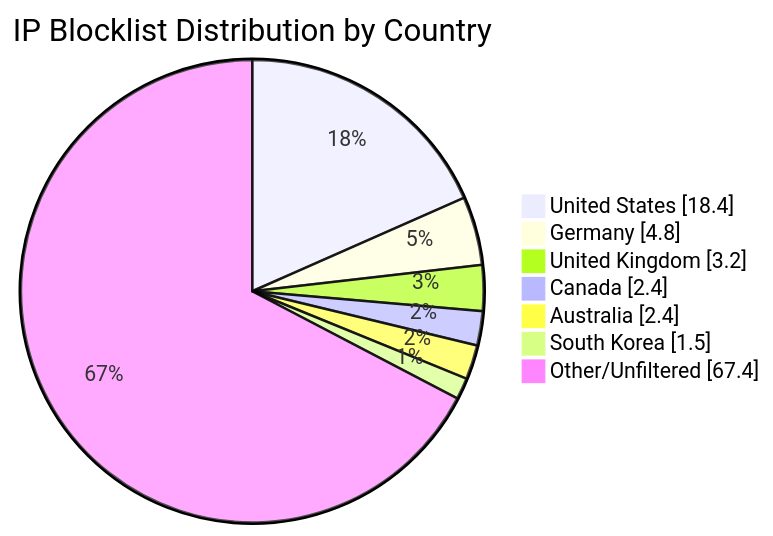
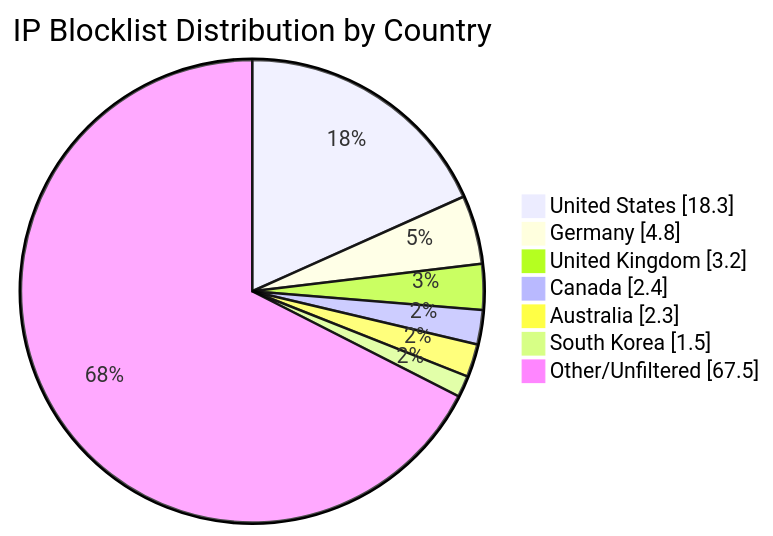
The diagram in README.md (MarcusHoltz/ipblocklist-geofiltered-aggregator), drawn with Mermaid before and after one commit. The commit also changed other lines of this file and 9 other files, not shown here.

````diff
--- a/README.md
+++ b/README.md
@@ -34,10 +34,10 @@
 ```mermaid
 pie showData title IP Blocklist Distribution by Country
-"United States" : 18.4
+"United States" : 18.3
 "Germany" : 4.8
 "United Kingdom" : 3.2
 "Canada" : 2.4
-"Australia" : 2.4
+"Australia" : 2.3
 "South Korea" : 1.5
-"Other/Unfiltered" : 67.4
+"Other/Unfiltered" : 67.5
 ```
````
